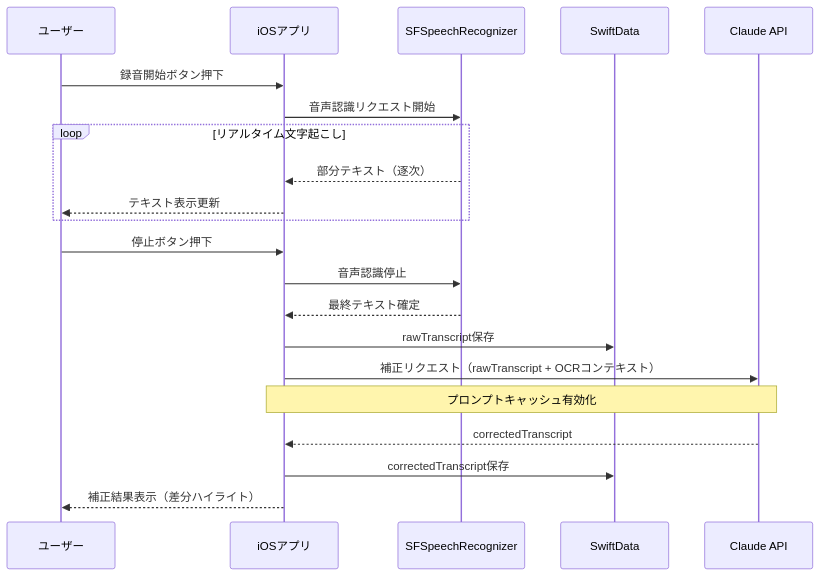
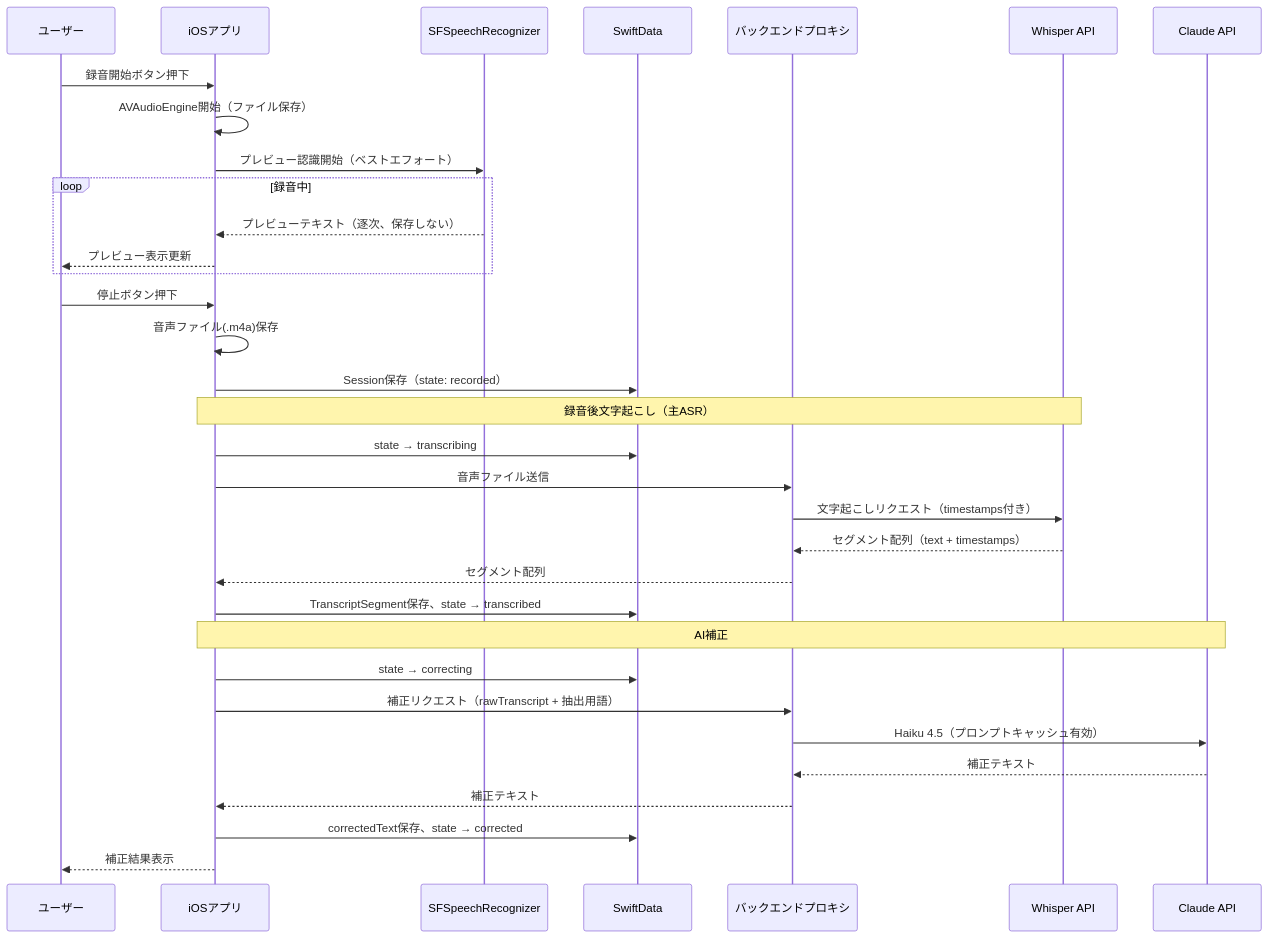
The first of 4 diagrams in STT-Docs/design.md (koichi1115/koenote-docs), drawn with Mermaid before and after one commit. The commit also changed other lines of this file and 3 other files, not shown here.

````diff
--- a/STT-Docs/design.md
+++ b/STT-Docs/design.md
@@ -284,24 +486,38 @@
 ```mermaid
 sequenceDiagram
     participant U as ユーザー
     participant App as iOSアプリ
-    participant ASR as SFSpeechRecognizer
+    participant SF as SFSpeechRecognizer
     participant DB as SwiftData
-    participant AI as Claude API
+    participant Proxy as バックエンドプロキシ
+    participant Whisper as Whisper API
+    participant Claude as Claude API
 
     U->>App: 録音開始ボタン押下
-    App->>ASR: 音声認識リクエスト開始
-    loop リアルタイム文字起こし
-        ASR-->>App: 部分テキスト（逐次）
-        App-->>U: テキスト表示更新
+    App->>App: AVAudioEngine開始（ファイル保存）
+    App->>SF: プレビュー認識開始（ベストエフォート）
+    loop 録音中
+        SF-->>App: プレビューテキスト（逐次、保存しない）
+        App-->>U: プレビュー表示更新
     end
     U->>App: 停止ボタン押下
-    App->>ASR: 音声認識停止
-    ASR-->>App: 最終テキスト確定
-    App->>DB: rawTranscript保存
-    App->>AI: 補正リクエスト（rawTranscript + OCRコンテキスト）
-    Note over App,AI: プロンプトキャッシュ有効化
-    AI-->>App: correctedTranscript
-    App->>DB: correctedTranscript保存
-    App-->>U: 補正結果表示（差分ハイライト）
+    App->>App: 音声ファイル(.m4a)保存
+    App->>DB: Session保存（state: recorded）
+
+    Note over App,Whisper: 録音後文字起こし（主ASR）
+    App->>DB: state → transcribing
+    App->>Proxy: 音声ファイル送信
+    Proxy->>Whisper: 文字起こしリクエスト（timestamps付き）
+    Whisper-->>Proxy: セグメント配列（text + timestamps）
+    Proxy-->>App: セグメント配列
+    App->>DB: TranscriptSegment保存、state → transcribed
+
+    Note over App,Claude: AI補正
+    App->>DB: state → correcting
+    App->>Proxy: 補正リクエスト（rawTranscript + 抽出用語）
+    Proxy->>Claude: Haiku 4.5（プロンプトキャッシュ有効）
+    Claude-->>Proxy: 補正テキスト
+    Proxy-->>App: 補正テキスト
+    App->>DB: correctedText保存、state → corrected
+    App-->>U: 補正結果表示
 ```
````
